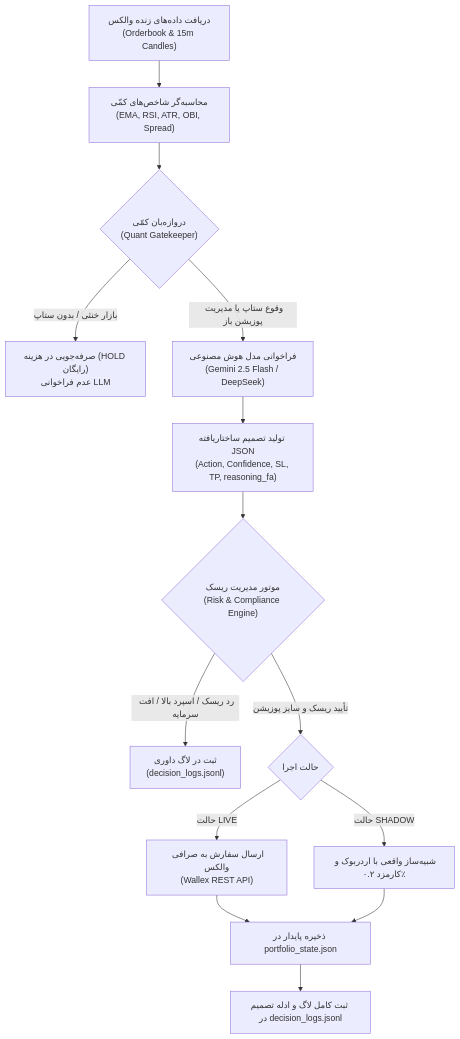
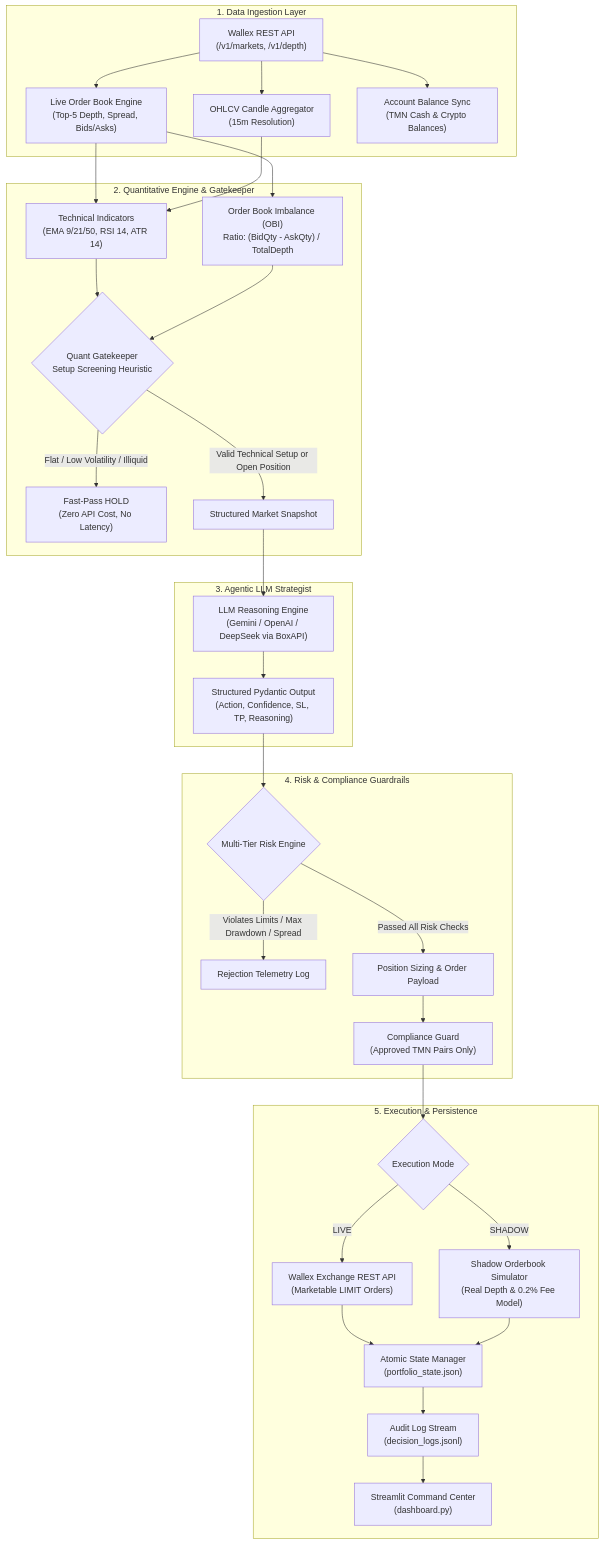
Before and after one commit to Arshia-HZ/Wallex-Quant-Agent: the diagram in README.md, drawn with Mermaid. The commit also changed other lines of this file and 7 other files, not shown here.

````diff
--- a/README.md
+++ b/README.md
@@ -30,21 +15,37 @@
 ```mermaid
 flowchart TD
-    A["دریافت داده‌های زنده والکس<br/>(Orderbook & 15m Candles)"] --> B["محاسبه‌گر شاخص‌های کمّی<br/>(EMA, RSI, ATR, OBI, Spread)"]
-    B --> C{"دروازه‌بان کمّی<br/>(Quant Gatekeeper)"}
-    
-    C -- "بازار خنثی / بدون ستاپ" --> D["صرفه‌جویی در هزینه (HOLD رایگان)<br/>عدم فراخوانی LLM"]
-    C -- "وقوع ستاپ یا مدیریت پوزیشن باز" --> E["فراخوانی مدل هوش مصنوعی<br/>(Gemini 2.5 Flash / DeepSeek)"]
-    
-    E --> F["تولید تصمیم ساختاریافته JSON<br/>(Action, Confidence, SL, TP, reasoning_fa)"]
-    F --> G{"موتور مدیریت ریسک<br/>(Risk & Compliance Engine)"}
-    
-    G -- "رد ریسک / اسپرد بالا / افت سرمایه" --> H["ثبت در لاگ داوری<br/>(decision_logs.jsonl)"]
-    G -- "تأیید ریسک و سایز پوزیشن" --> I{"حالت اجرا"}
-    
-    I -- "حالت LIVE" --> J["ارسال سفارش به صرافی والکس<br/>(Wallex REST API)"]
-    I -- "حالت SHADOW" --> K["شبیه‌ساز واقعی با اردربوک و کارمزد ۰.۲٪"]
-    
-    J --> L["ذخیره پایدار در portfolio_state.json"]
-    K --> L
-    L --> M["ثبت کامل لاگ و ادله تصمیم در decision_logs.jsonl"]
+    subgraph Data_Ingestion ["1. Data Ingestion Layer"]
+        A1["Wallex REST API<br/>(/v1/markets, /v1/depth)"] --> B1["Live Order Book Engine<br/>(Top-5 Depth, Spread, Bids/Asks)"]
+        A1 --> B2["OHLCV Candle Aggregator<br/>(15m Resolution)"]
+        A1 --> B3["Account Balance Sync<br/>(TMN Cash & Crypto Balances)"]
+    end
+
+    subgraph Quant_Pipeline ["2. Quantitative Engine & Gatekeeper"]
+        B1 & B2 --> C1["Technical Indicators<br/>(EMA 9/21/50, RSI 14, ATR 14)"]
+        B1 --> C2["Order Book Imbalance (OBI)<br/>Ratio: (BidQty - AskQty) / TotalDepth"]
+        C1 & C2 --> D1{"Quant Gatekeeper<br/>Setup Screening Heuristic"}
+        D1 -- "Flat / Low Volatility / Illiquid" --> E1["Fast-Pass HOLD<br/>(Zero API Cost, No Latency)"]
+        D1 -- "Valid Technical Setup or Open Position" --> E2["Structured Market Snapshot"]
+    end
+
+    subgraph AI_Strategist ["3. Agentic LLM Strategist"]
+        E2 --> F1["LLM Reasoning Engine<br/>(Gemini / OpenAI / DeepSeek via BoxAPI)"]
+        F1 --> F2["Structured Pydantic Output<br/>(Action, Confidence, SL, TP, Reasoning)"]
+    end
+
+    subgraph Risk_Compliance ["4. Risk & Compliance Guardrails"]
+        F2 --> G1{"Multi-Tier Risk Engine"}
+        G1 -- "Violates Limits / Max Drawdown / Spread" --> H1["Rejection Telemetry Log"]
+        G1 -- "Passed All Risk Checks" --> H2["Position Sizing & Order Payload"]
+        H2 --> G2["Compliance Guard<br/>(Approved TMN Pairs Only)"]
+    end
+
+    subgraph Execution_Layer ["5. Execution & Persistence"]
+        G2 --> I1{"Execution Mode"}
+        I1 -- "LIVE" --> J1["Wallex Exchange REST API<br/>(Marketable LIMIT Orders)"]
+        I1 -- "SHADOW" --> J2["Shadow Orderbook Simulator<br/>(Real Depth & 0.2% Fee Model)"]
+        J1 & J2 --> K1["Atomic State Manager<br/>(portfolio_state.json)"]
+        K1 --> K2["Audit Log Stream<br/>(decision_logs.jsonl)"]
+        K2 --> L1["Streamlit Command Center<br/>(dashboard.py)"]
+    end
 ```
````
